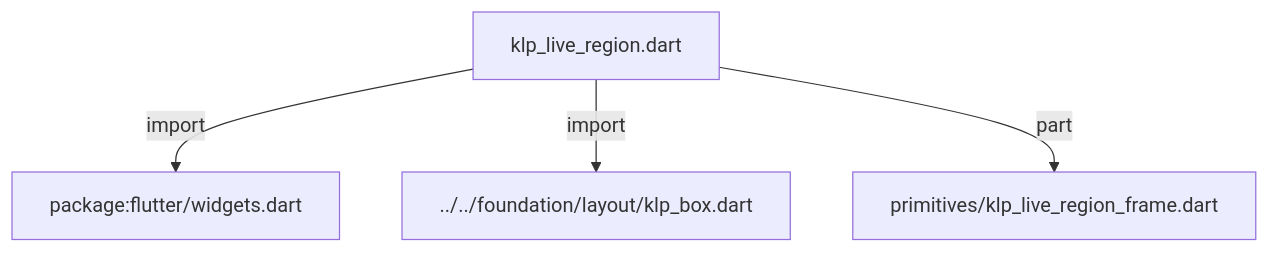
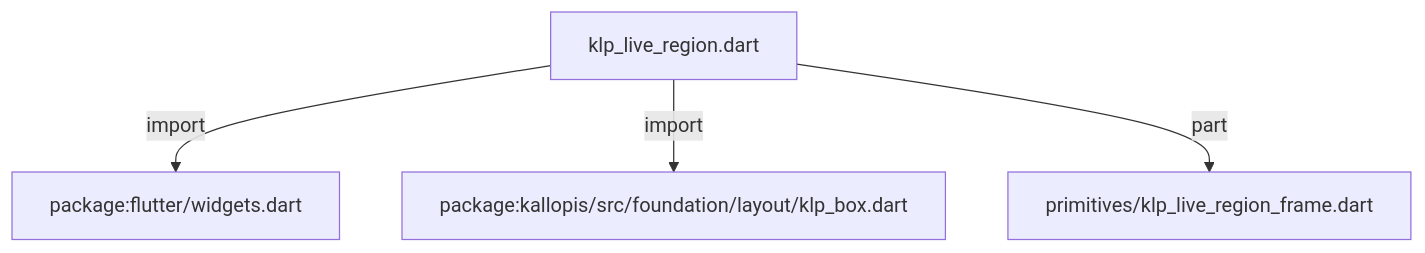
Before and after one commit to MiuDog/Kallopis: the first of 3 diagrams in docs/architecture/src/features/feedback/klp_live_region.md, drawn with Mermaid. The commit also changed other lines of this file and 9688 other files, not shown here.

Commit message:
Prepare isolated Flow F2 peer baseline

````diff
--- a/docs/architecture/src/features/feedback/klp_live_region.md
+++ b/docs/architecture/src/features/feedback/klp_live_region.md
@@ -11,10 +11,10 @@
 ```mermaid
 flowchart TD
 	n0["klp_live_region.dart"]
 	n1["package:flutter/widgets.dart"]
-	n2["../../foundation/layout/klp_box.dart"]
+	n2["package:kallopis/src/foundation/layout/klp_box.dart"]
 	n3["primitives/klp_live_region_frame.dart"]
 	n0 -->|"import"| n1
 	n0 -->|"import"| n2
 	n0 -->|"part"| n3
 ```
````
